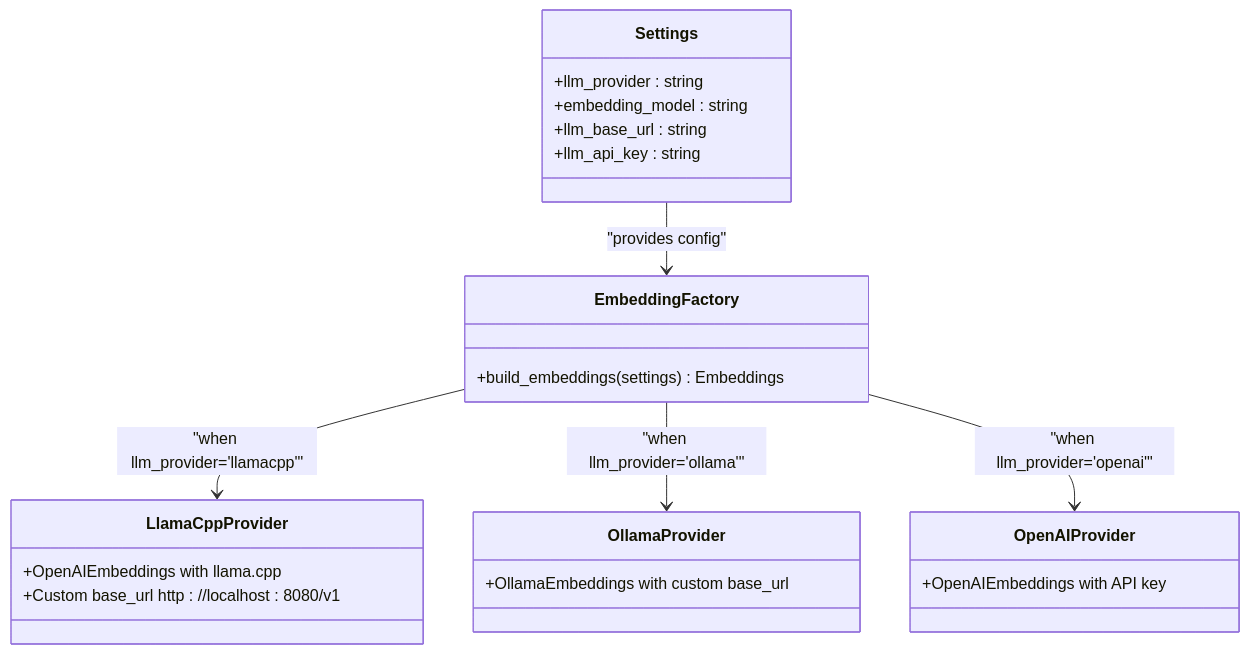
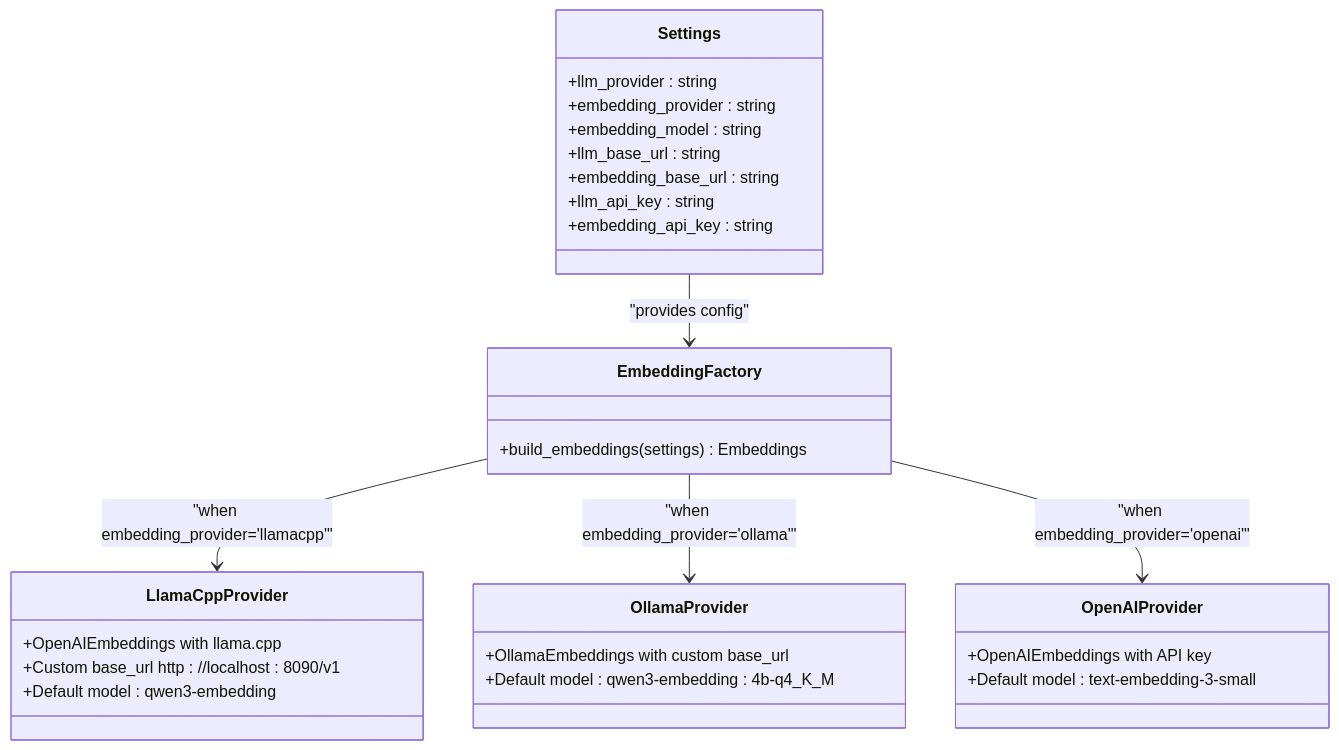
One commit to ognelis/cafetera_hr_bot changed the eighth of 11 diagrams in .qoder/repowiki/en/content/Deployment and Operations.md. Above: the diagram before and after it, drawn with Mermaid. The commit also changed other lines of this file and 4 other files, not shown here.

````diff
--- a/.qoder/repowiki/en/content/Deployment and Operations.md
+++ b/.qoder/repowiki/en/content/Deployment and Operations.md
@@ -291,26 +387,32 @@
 ```mermaid
 classDiagram
 class Settings {
 +llm_provider : string
++embedding_provider : string
 +embedding_model : string
 +llm_base_url : string
++embedding_base_url : string
 +llm_api_key : string
++embedding_api_key : string
 }
 class EmbeddingFactory {
 +build_embeddings(settings) Embeddings
 }
 class LlamaCppProvider {
 +OpenAIEmbeddings with llama.cpp
-+Custom base_url http : //localhost : 8080/v1
++Custom base_url http : //localhost : 8090/v1
++Default model : qwen3-embedding
 }
 class OllamaProvider {
 +OllamaEmbeddings with custom base_url
++Default model : qwen3-embedding : 4b-q4_K_M
 }
 class OpenAIProvider {
 +OpenAIEmbeddings with API key
++Default model : text-embedding-3-small
 }
 Settings --> EmbeddingFactory : "provides config"
-EmbeddingFactory --> LlamaCppProvider : "when llm_provider='llamacpp'"
-EmbeddingFactory --> OllamaProvider : "when llm_provider='ollama'"
-EmbeddingFactory --> OpenAIProvider : "when llm_provider='openai'"
+EmbeddingFactory --> LlamaCppProvider : "when embedding_provider='llamacpp'"
+EmbeddingFactory --> OllamaProvider : "when embedding_provider='ollama'"
+EmbeddingFactory --> OpenAIProvider : "when embedding_provider='openai'"
 ```
````
